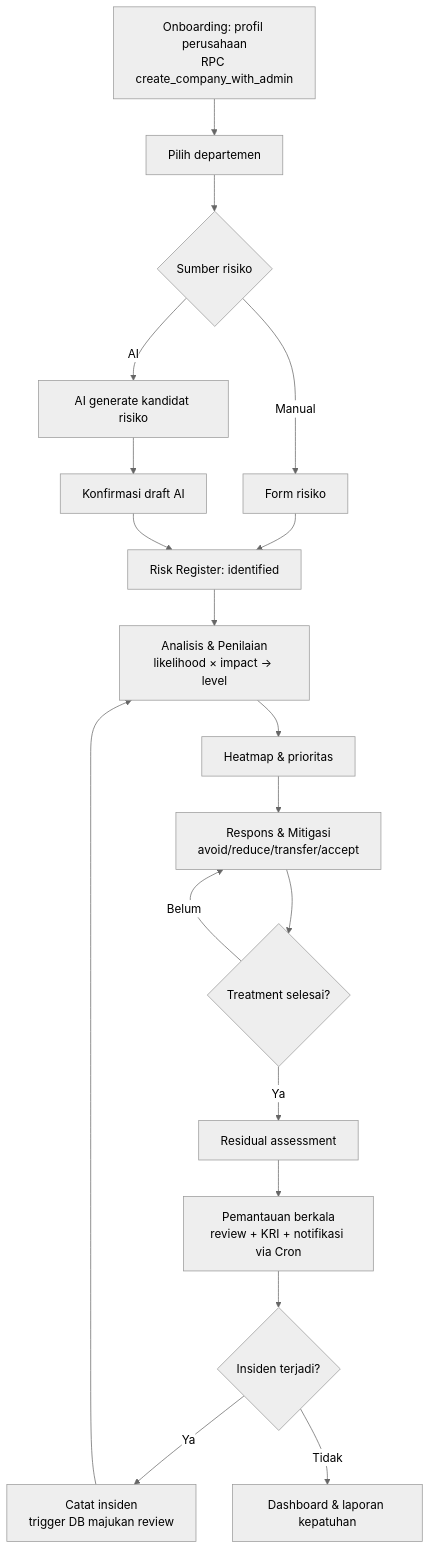
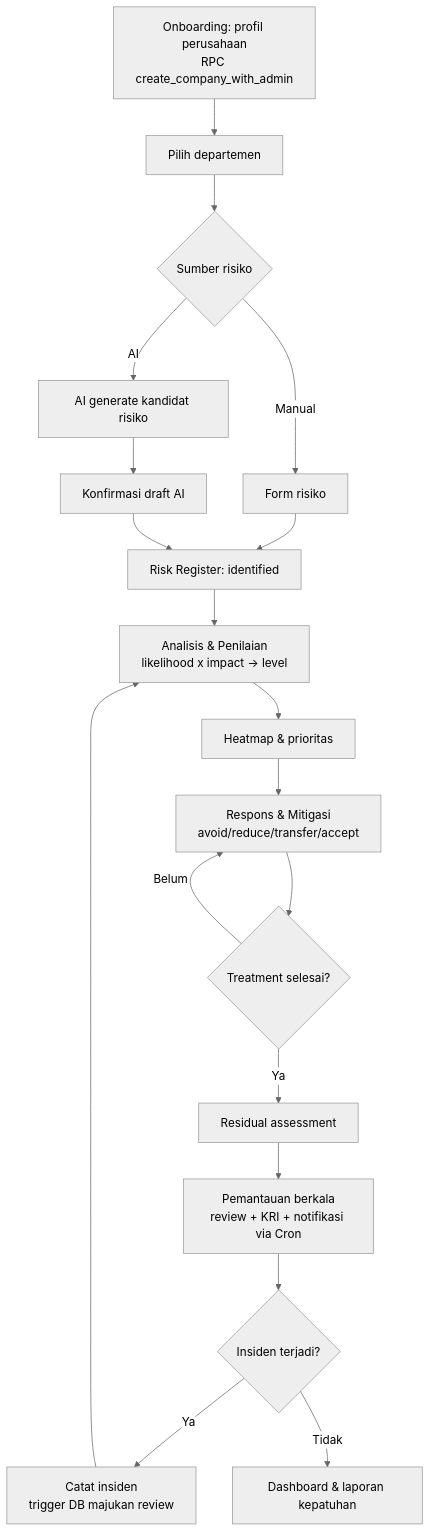
One commit to IrfanNawawi/RiskoFlow changed the second of 6 diagrams in docs/PRD.md. Above: the diagram before and after it, drawn with Mermaid (neutral theme). The commit also changed other lines of this file and 14 other files, not shown here.

````diff
--- a/docs/PRD.md
+++ b/docs/PRD.md
@@ -425,21 +1659,21 @@
 ```mermaid
 flowchart TD
     A[Onboarding: profil perusahaan<br/>RPC create_company_with_admin] --> B[Pilih departemen]
     B --> C{Sumber risiko}
     C -->|Manual| D[Form risiko]
     C -->|AI| E[AI generate kandidat risiko]
     E --> F[Konfirmasi draft AI]
     D --> G[Risk Register: identified]
     F --> G
-    G --> H[Analisis & Penilaian<br/>likelihood × impact → level]
+    G --> H[Analisis & Penilaian<br/>likelihood x impact -> level]
     H --> I[Heatmap & prioritas]
     I --> J[Respons & Mitigasi<br/>avoid/reduce/transfer/accept]
     J --> K{Treatment selesai?}
     K -->|Ya| L[Residual assessment]
     K -->|Belum| J
     L --> M[Pemantauan berkala<br/>review + KRI + notifikasi via Cron]
     M --> N{Insiden terjadi?}
     N -->|Ya| P[Catat insiden<br/>trigger DB majukan review]
     P --> H
     N -->|Tidak| O[Dashboard & laporan kepatuhan]
 ```
````
